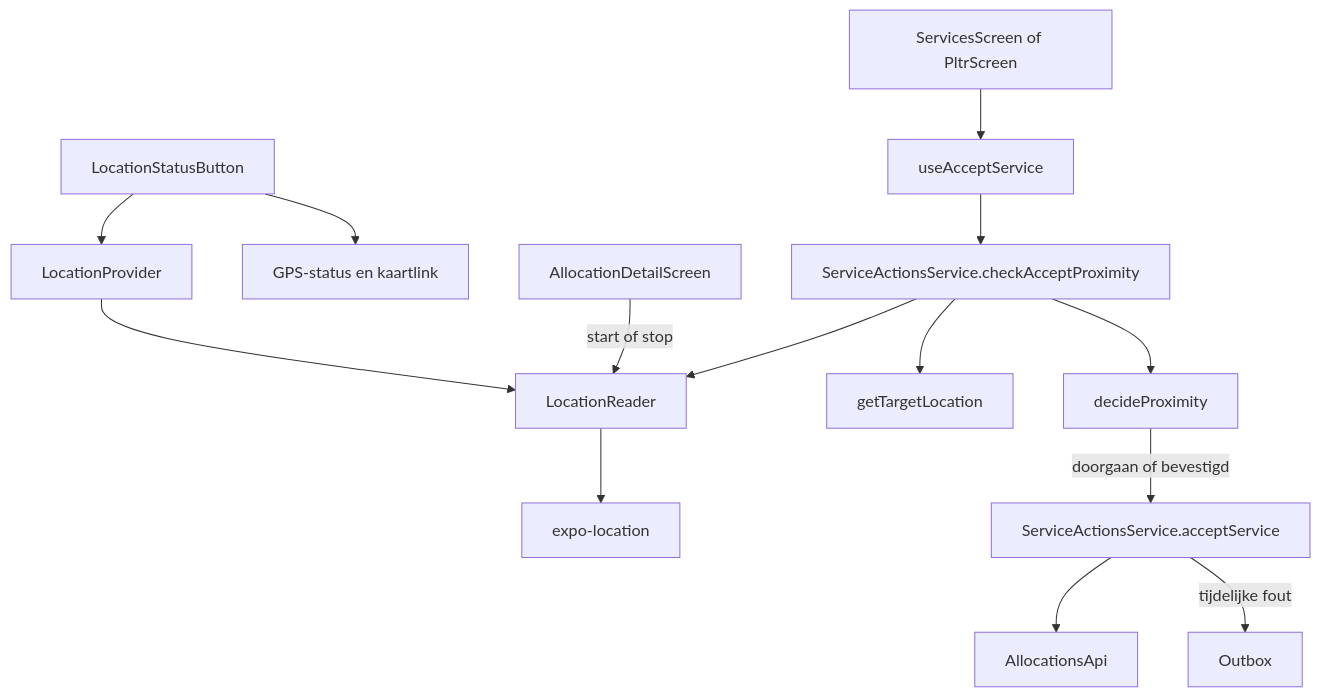
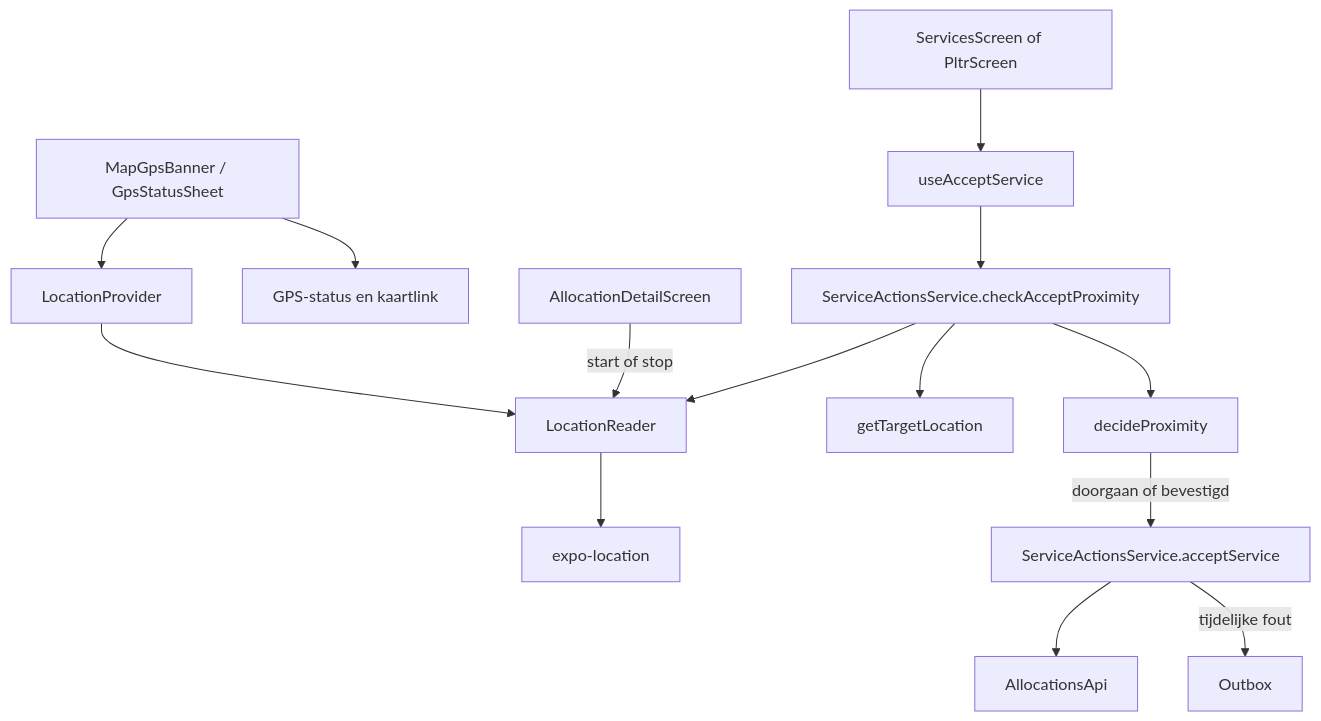
The diagram in docs/wiki/locatie.md (crfarber/vaneijck-berger-app), drawn with Mermaid before and after one commit. The commit also changed other lines of this file and 200 other files, not shown here.

````diff
--- a/docs/wiki/locatie.md
+++ b/docs/wiki/locatie.md
@@ -15,16 +15,16 @@
 ```mermaid
 flowchart TD
-  A[LocationStatusButton] --> B[LocationProvider]
+  A[MapGpsBanner / GpsStatusSheet] --> B[LocationProvider]
   B --> C[LocationReader]
   C --> D[expo-location]
   A --> E[GPS-status en kaartlink]
   Det[AllocationDetailScreen] -->|start of stop| C
   F[ServicesScreen of PltrScreen] --> G[useAcceptService]
   G --> H[ServiceActionsService.checkAcceptProximity]
   H --> C
   H --> I[getTargetLocation]
   H --> J[decideProximity]
   J -->|doorgaan of bevestigd| K[ServiceActionsService.acceptService]
   K --> L[AllocationsApi]
   K -->|tijdelijke fout| M[Outbox]
 ```
````
